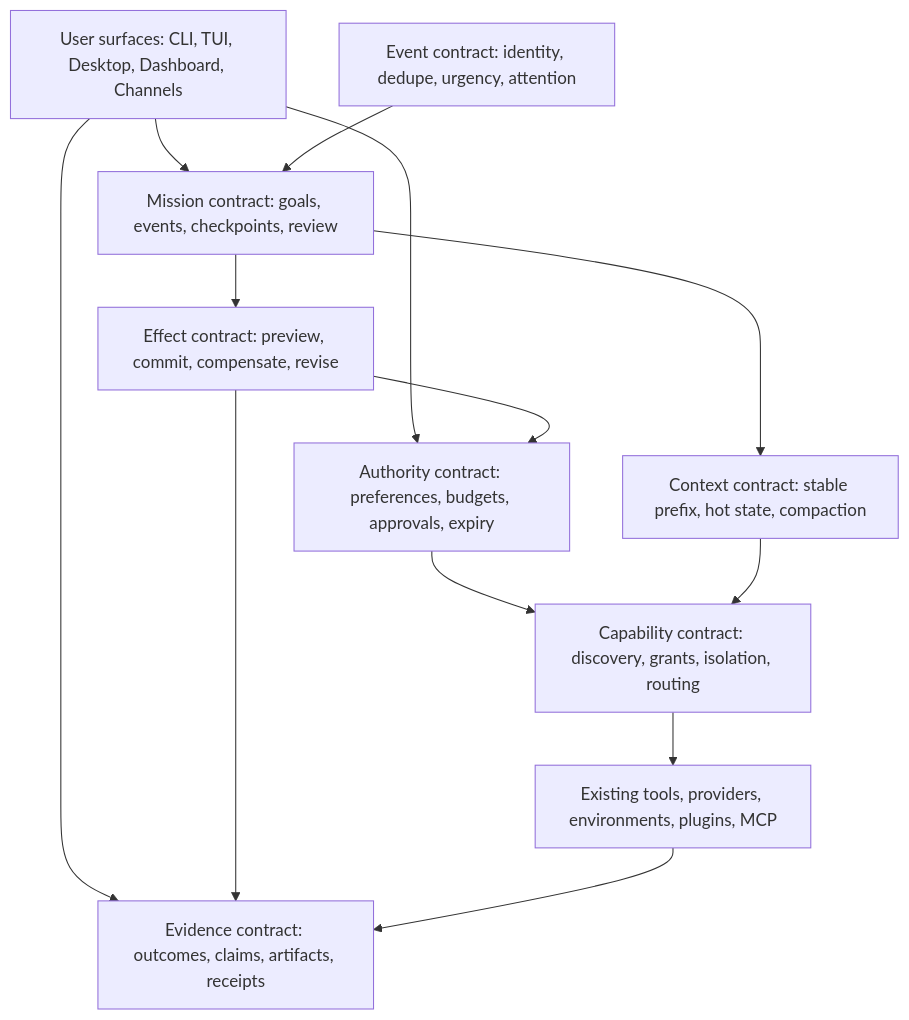
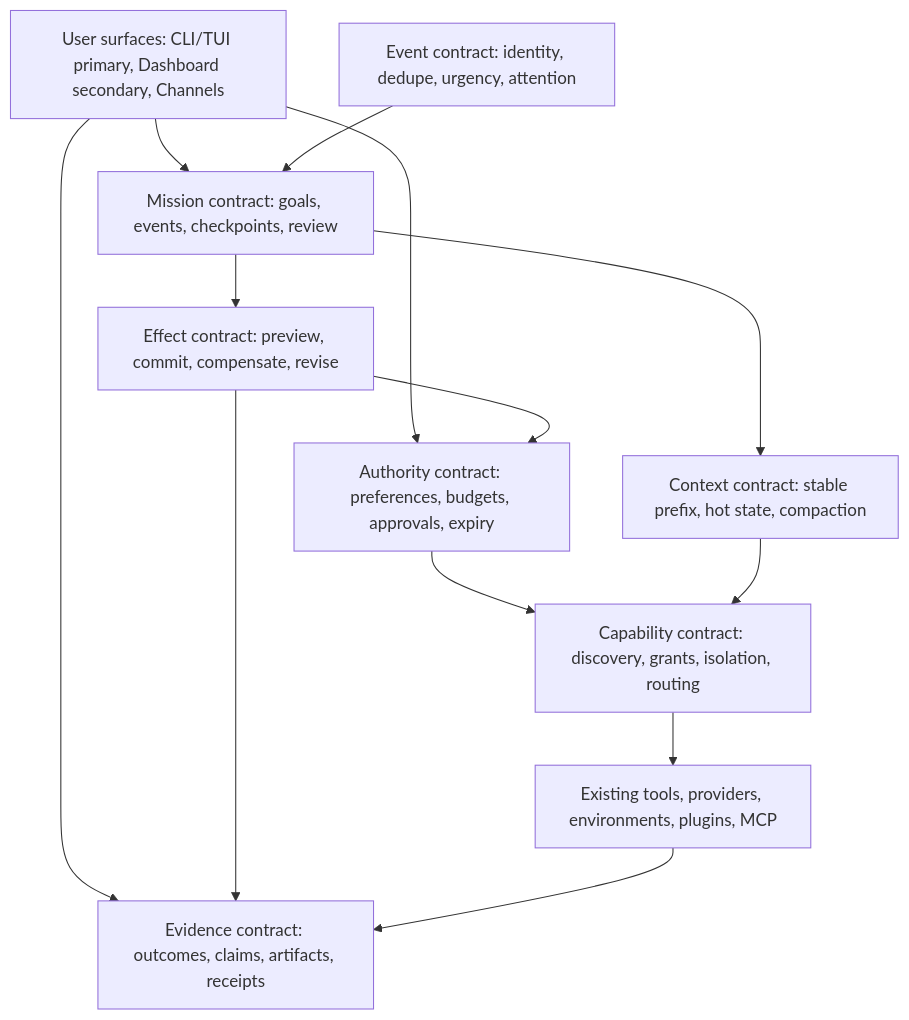
The diagram in docs/superpowers/specs/2026-07-15-hermes-breakthrough-opportunity-portfolio-design.md (9thLevelSoftware/hermes-agent), drawn with Mermaid before and after one commit. The commit also changed other lines of this file, not shown here.

````diff
--- a/docs/superpowers/specs/2026-07-15-hermes-breakthrough-opportunity-portfolio-design.md
+++ b/docs/superpowers/specs/2026-07-15-hermes-breakthrough-opportunity-portfolio-design.md
@@ -160,25 +160,25 @@
 ```mermaid
 flowchart TB
-    U["User surfaces: CLI, TUI, Desktop, Dashboard, Channels"]
+    U["User surfaces: CLI/TUI primary, Dashboard secondary, Channels"]
     M["Mission contract: goals, events, checkpoints, review"]
     E["Effect contract: preview, commit, compensate, revise"]
     A["Authority contract: preferences, budgets, approvals, expiry"]
     R["Evidence contract: outcomes, claims, artifacts, receipts"]
     C["Capability contract: discovery, grants, isolation, routing"]
     X["Context contract: stable prefix, hot state, compaction"]
     V["Event contract: identity, dedupe, urgency, attention"]
     T["Existing tools, providers, environments, plugins, MCP"]
 
     U --> M
     U --> A
     U --> R
     V --> M
     M --> E
     M --> X
     E --> A
     E --> R
     A --> C
     X --> C
     C --> T
     T --> R
 ```
````
